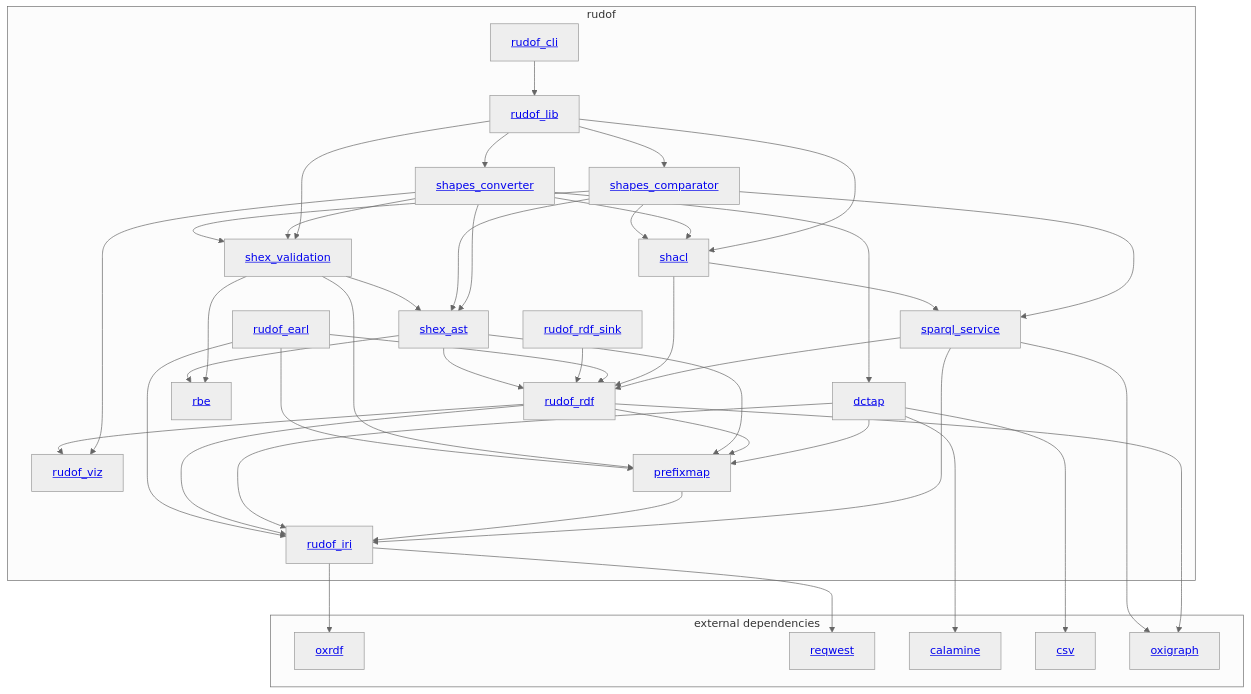
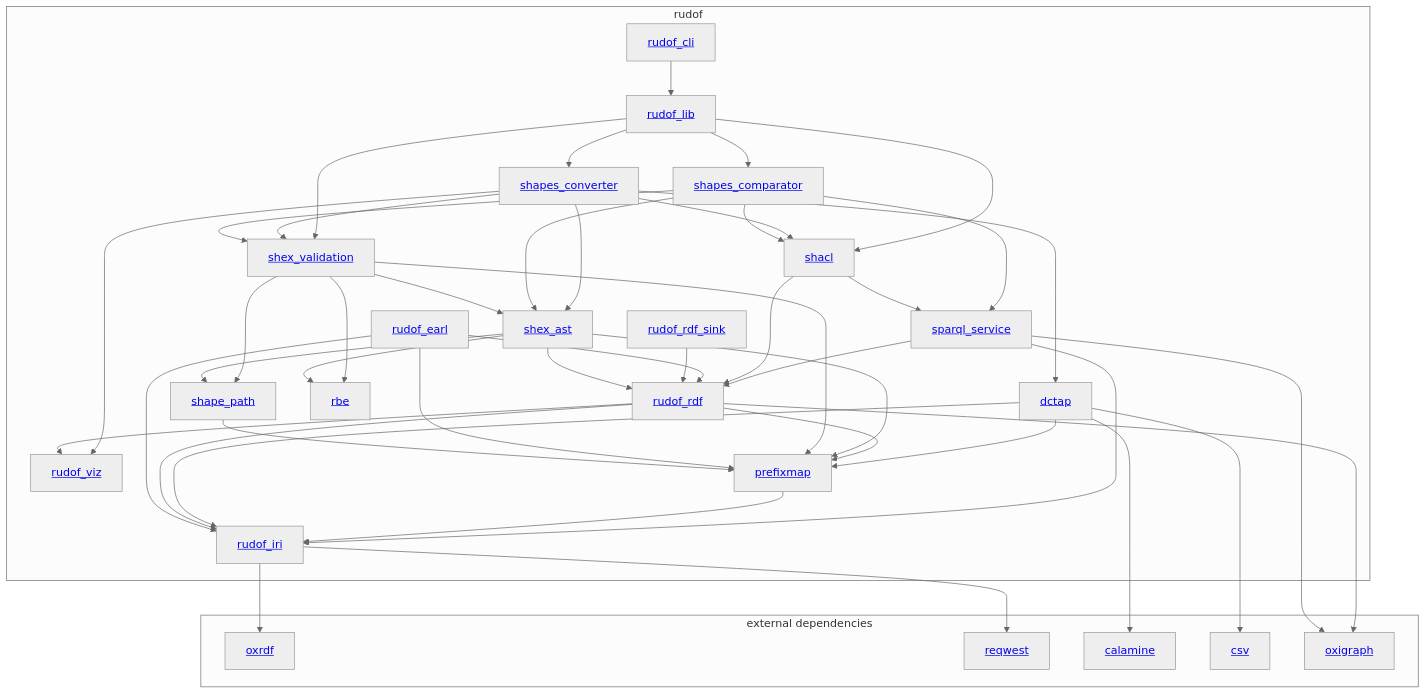
The diagram in docs/src/internals/architecture.md (rudof-project/rudof), drawn with Mermaid (neutral theme) before and after one commit. The commit also changed 53 other files, not shown here.

Commit message:
refactor(shape_path): extract ShExPath from shex_ast into its own crate

````diff
--- a/docs/src/internals/architecture.md
+++ b/docs/src/internals/architecture.md
@@ -5,69 +5,73 @@
 ```mermaid
 graph TD;
  rudof_iri --> oxrdf;
  rudof_iri --> reqwest ;
  dctap --> calamine ;
  dctap --> csv ;
  sparql_service --> oxigraph ;
  rudof_rdf --> oxigraph ;
 subgraph rudof
     rudof_lib[<a href='https://crates.io/crates/rudof_lib'>rudof_lib</a>];
     rudof_cli[<a href='https://crates.io/crates/rudof_cli'>rudof_cli</a>];
     shex_ast[<a href='https://crates.io/crates/shex_ast'>shex_ast</a>];
+    shape_path[<a href='https://crates.io/crates/shape_path'>shape_path</a>];
     rudof_rdf[<a href='https://crates.io/crates/rudof_rdf'>rudof_rdf</a>];
     rudof_rdf_sink[<a href='https://crates.io/crates/rudof_rdf_sink'>rudof_rdf_sink</a>];
     rudof_viz[<a href='https://crates.io/crates/rudof_viz'>rudof_viz</a>];
     rudof_earl[<a href='https://crates.io/crates/rudof_earl'>rudof_earl</a>];
     shex_validation[<a href='https://crates.io/crates/shex_validation'>shex_validation</a>];
     shacl[<a href='https://crates.io/crates/shacl'>shacl</a>];
     shapes_comparator[<a href='https://crates.io/crates/shapes_comparator'>shapes_comparator</a>];
     rudof_iri[<a href='https://crates.io/crates/rudof_iri'>rudof_iri</a>];
     prefixmap[<a href='https://crates.io/crates/prefixmap'>prefixmap</a>];
     rbe[<a href='https://crates.io/crates/rbe'>rbe</a>];
     shapes_converter[<a href='https://crates.io/crates/shapes_converter'>shapes_converter</a>];
  dctap[<a href='https://crates.io/crates/dctap'>dctap</a>];
  sparql_service[<a href='https://crates.io/crates/sparql_service'>sparql_service</a>];
 
  rudof_cli --> rudof_lib ;
  shex_ast --> rudof_rdf ;
  shex_ast --> rbe;
  shex_validation-->shex_ast;
+ shex_ast-->shape_path;
+ shex_validation-->shape_path;
+ shape_path-->prefixmap;
  rudof_rdf_sink-->rudof_rdf;
  rudof_earl-->rudof_rdf;
  rudof_earl-->rudof_iri;
  rudof_earl-->prefixmap;
  rudof_rdf-->rudof_iri;
  rudof_rdf-->rudof_viz;
  shapes_converter-->rudof_viz;
  shacl-->rudof_rdf;
  shacl-->sparql_service;
  shex_validation-->prefixmap;
  shex_ast-->prefixmap;
  rudof_rdf-->prefixmap;
  shex_validation-->rbe;
  dctap-->prefixmap;
  dctap --> rudof_iri;
  shapes_comparator-->shacl;
  shapes_comparator-->shex_ast;
  shapes_comparator-->shex_validation;
  shapes_comparator-->sparql_service;
  shapes_converter-->shacl;
  shapes_converter-->shex_ast;
  shapes_converter-->shex_validation;
  shapes_converter-->dctap;
  prefixmap --> rudof_iri ;
  sparql_service --> rudof_iri ;
  sparql_service --> rudof_rdf ;
  rudof_lib --> shex_validation ;
  rudof_lib --> shacl ;
  rudof_lib --> shapes_comparator ;
  rudof_lib --> shapes_converter ;
 end
 subgraph external dependencies
  oxigraph[<a href='https://crates.io/crates/oxigraph'>oxigraph</a>] ;
  oxrdf[<a href='https://crates.io/crates/oxrdf'>oxrdf</a>] ;
  calamine[<a href='https://docs.rs/calamine/latest/calamine/'>calamine</a>] ;
  reqwest[<a href='https://docs.rs/reqwest/latest/reqwest/'>reqwest</a>] ;
  csv[<a href='https://docs.rs/csv/latest/csv/'>csv</a>]
 end
 ```
````
